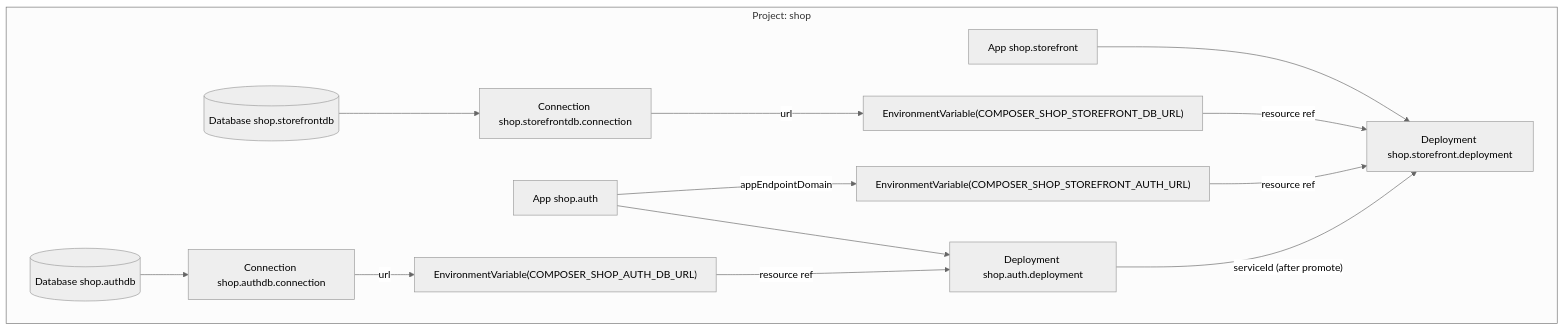
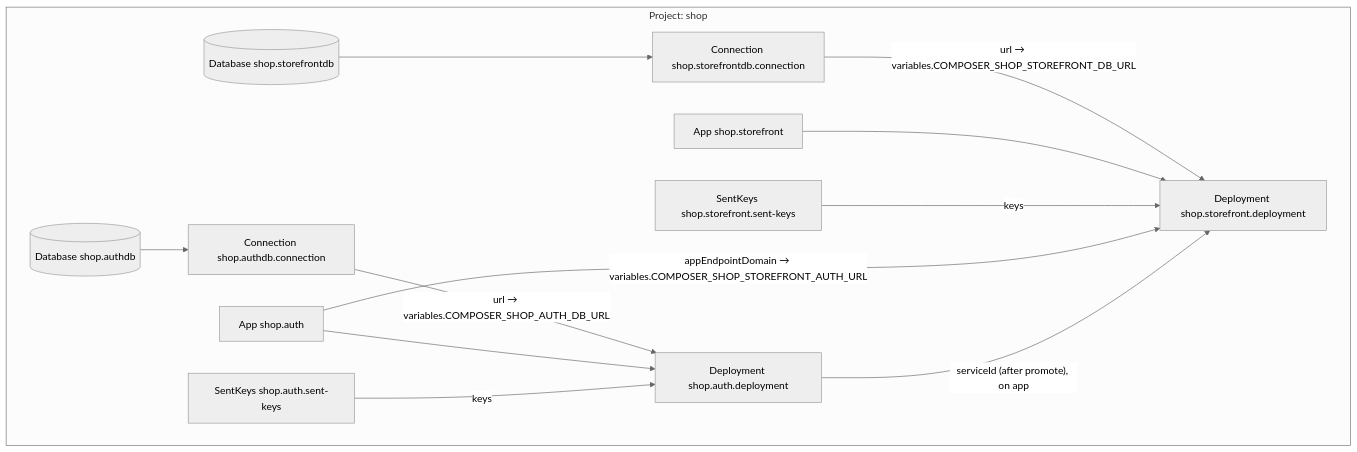
One commit to prisma/composer changed the second of 2 diagrams in docs/design/05-prisma-cloud/alchemy-lowering.md. Above: the diagram before and after it, drawn with Mermaid (neutral theme). The commit also changed other lines of this file and 19 other files, not shown here.

First line of the commit message:
docs: a service's COMPOSER_ keys travel with its deployment as service variables

````diff
--- a/docs/design/05-prisma-cloud/alchemy-lowering.md
+++ b/docs/design/05-prisma-cloud/alchemy-lowering.md
@@ -202,14 +207,13 @@
 ```mermaid
 flowchart TB
   subgraph P [Project: shop]
-    DBa[(Database shop.authdb)] --> Ca[Connection shop.authdb.connection] -- url --> EVa["EnvironmentVariable(COMPOSER_SHOP_AUTH_DB_URL)"]
-    DBs[(Database shop.storefrontdb)] --> Cs[Connection shop.storefrontdb.connection] -- url --> EVs["EnvironmentVariable(COMPOSER_SHOP_STOREFRONT_DB_URL)"]
+    DBa[(Database shop.authdb)] --> Ca[Connection shop.authdb.connection] -- "url → variables.COMPOSER_SHOP_AUTH_DB_URL" --> Da
+    DBs[(Database shop.storefrontdb)] --> Cs[Connection shop.storefrontdb.connection] -- "url → variables.COMPOSER_SHOP_STOREFRONT_DB_URL" --> Ds
     Sa[App shop.auth] --> Da[Deployment shop.auth.deployment]
     Ss[App shop.storefront] --> Ds[Deployment shop.storefront.deployment]
-    EVa -- resource ref --> Da
-    EVs -- resource ref --> Ds
-    Sa -- appEndpointDomain --> EVu["EnvironmentVariable(COMPOSER_SHOP_STOREFRONT_AUTH_URL)"]
-    EVu -- resource ref --> Ds
-    Da -- "serviceId (after promote)" --> Ds
+    Ka[SentKeys shop.auth.sent-keys] -- keys --> Da
+    Ks[SentKeys shop.storefront.sent-keys] -- keys --> Ds
+    Sa -- "appEndpointDomain → variables.COMPOSER_SHOP_STOREFRONT_AUTH_URL" --> Ds
+    Da -- "serviceId (after promote), on app" --> Ds
   end
 ```
````
